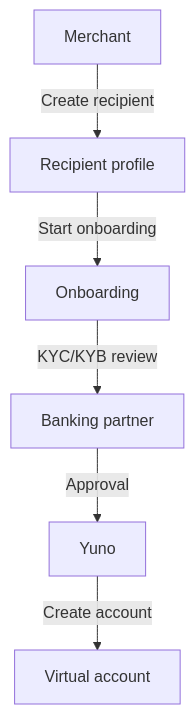
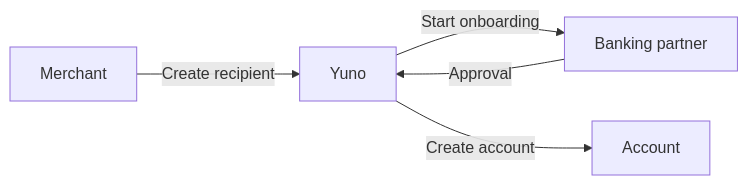
The first of 3 diagrams in docs/Additional Services/banking-as-a-service-baas.md (yuno-payments/yuno-docs), drawn with Mermaid before and after one commit. The commit also changed other lines of this file, not shown here.

Commit message:
Update doc `banking-as-a-service-baas`

````diff
--- a/docs/Additional Services/banking-as-a-service-baas.md
+++ b/docs/Additional Services/banking-as-a-service-baas.md
@@ -72,15 +69,7 @@
 ```mermaid
-flowchart TD
-  Merchant["Merchant"]
-  Yuno["Yuno"]
-  BankPartner["Banking partner"]
-  Recipient["Recipient profile"]
-  Onboarding["Onboarding"]
-  Account["Virtual account"]
-
-  Merchant -->|"Create recipient"| Recipient
-  Recipient -->|"Start onboarding"| Onboarding
-  Onboarding -->|"KYC/KYB review"| BankPartner
+flowchart LR
+  Merchant["Merchant"] -->|"Create recipient"| Yuno["Yuno"]
+  Yuno -->|"Start onboarding"| BankPartner["Banking partner"]
   BankPartner -->|"Approval"| Yuno
   Yuno -->|"Create account"| Account
 ```
````
